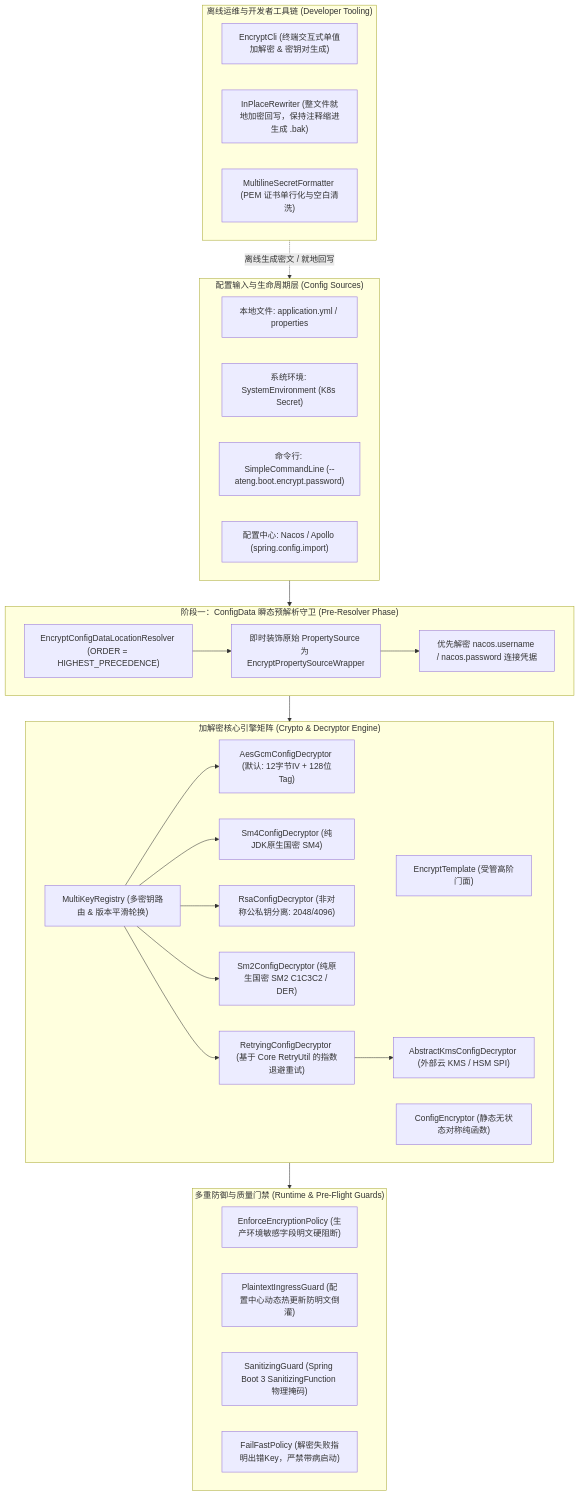
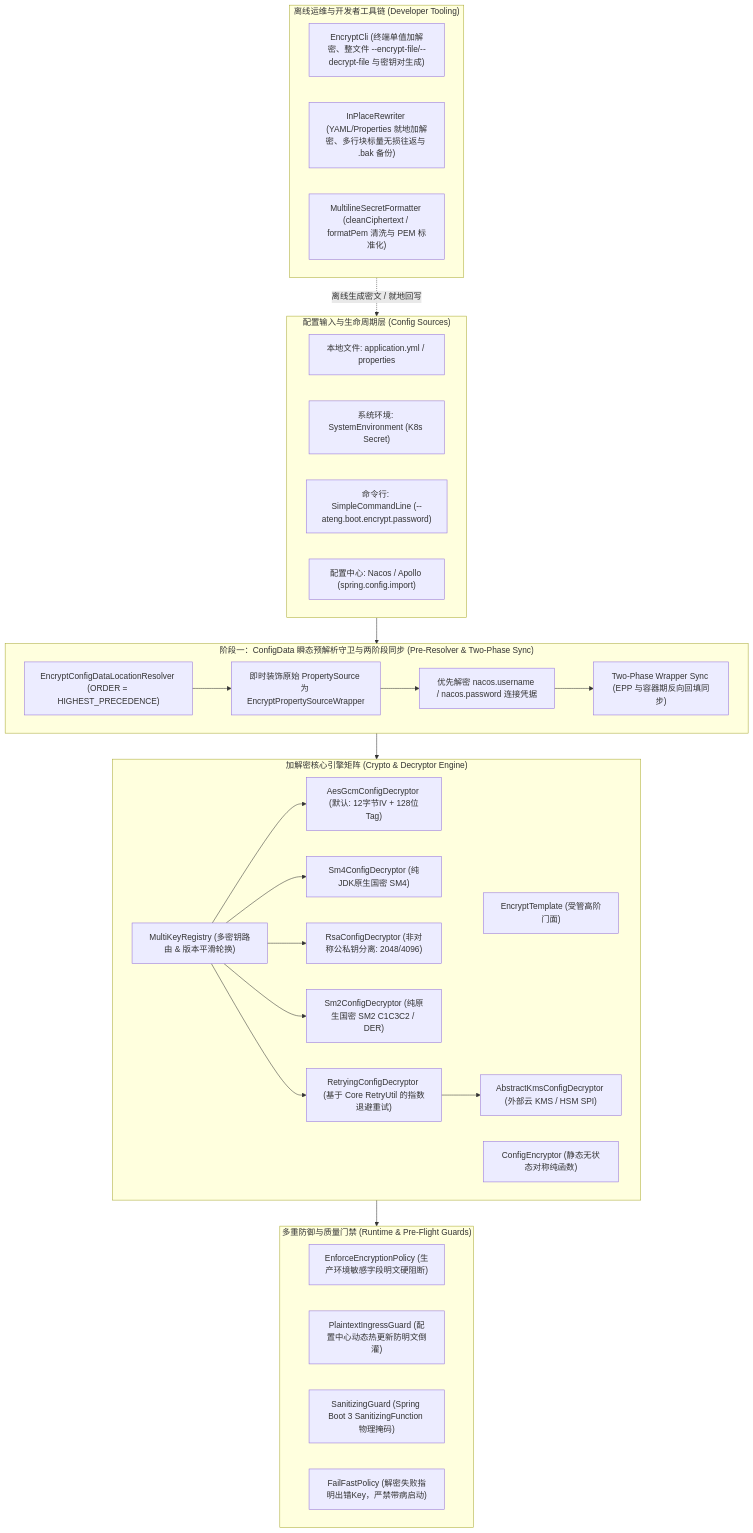
Before and after one commit to atengk/ateng-boot: the diagram in ateng-boot-encrypt/README.md, drawn with Mermaid. The commit also changed other lines of this file and 5 other files, not shown here.

````diff
--- a/ateng-boot-encrypt/README.md
+++ b/ateng-boot-encrypt/README.md
@@ -138,51 +150,52 @@
 ```mermaid
 flowchart TD
     subgraph ConfigLayer["配置输入与生命周期层 (Config Sources)"]
         YAML_SRC["本地文件: application.yml / properties"]
         ENV_SRC["系统环境: SystemEnvironment (K8s Secret)"]
         CMD_SRC["命令行: SimpleCommandLine (--ateng.boot.encrypt.password)"]
         REMOTE_SRC["配置中心: Nacos / Apollo (spring.config.import)"]
     end
 
-    subgraph PreResolverPhase["阶段一：ConfigData 瞬态预解析守卫 (Pre-Resolver Phase)"]
+    subgraph PreResolverPhase["阶段一：ConfigData 瞬态预解析守卫与两阶段同步 (Pre-Resolver & Two-Phase Sync)"]
         HOOK["EncryptConfigDataLocationResolver (ORDER = HIGHEST_PRECEDENCE)"]
         INSTANT_WRAP["即时装饰原始 PropertySource 为 EncryptPropertySourceWrapper"]
         NACOS_BIND["优先解密 nacos.username / nacos.password 连接凭据"]
-        HOOK --> INSTANT_WRAP --> NACOS_BIND
+        SYNC_BRIDGE["Two-Phase Wrapper Sync (EPP 与容器期反向回填同步)"]
+        HOOK --> INSTANT_WRAP --> NACOS_BIND --> SYNC_BRIDGE
     end
 
     subgraph CoreEngine["加解密核心引擎矩阵 (Crypto & Decryptor Engine)"]
         TEMPLATE["EncryptTemplate (受管高阶门面)"]
         STATIC_FACADE["ConfigEncryptor (静态无状态对称纯函数)"]
         ROUTER["MultiKeyRegistry (多密钥路由 & 版本平滑轮换)"]
         AES_GCM["AesGcmConfigDecryptor (默认: 12字节IV + 128位Tag)"]
         SM4_CBC["Sm4ConfigDecryptor (纯JDK原生国密 SM4)"]
         RSA_ASYM["RsaConfigDecryptor (非对称公私钥分离: 2048/4096)"]
         SM2_ASYM["Sm2ConfigDecryptor (纯原生国密 SM2 C1C3C2 / DER)"]
         RETRY_DEC["RetryingConfigDecryptor (基于 Core RetryUtil 的指数退避重试)"]
         KMS_SPI["AbstractKmsConfigDecryptor (外部云 KMS / HSM SPI)"]
         ROUTER --> AES_GCM
         ROUTER --> SM4_CBC
         ROUTER --> RSA_ASYM
         ROUTER --> SM2_ASYM
         ROUTER --> RETRY_DEC --> KMS_SPI
     end
 
     subgraph DefenseGuards["多重防御与质量门禁 (Runtime & Pre-Flight Guards)"]
         ENFORCE_GUARD["EnforceEncryptionPolicy (生产环境敏感字段明文硬阻断)"]
         INGRESS_GUARD["PlaintextIngressGuard (配置中心动态热更新防明文倒灌)"]
         ACTUATOR_GUARD["SanitizingGuard (Spring Boot 3 SanitizingFunction 物理掩码)"]
         FAIL_FAST["FailFastPolicy (解密失败指明出错Key，严禁带病启动)"]
     end
 
     subgraph ToolingLayer["离线运维与开发者工具链 (Developer Tooling)"]
-        CLI["EncryptCli (终端交互式单值加解密 & 密钥对生成)"]
-        REWRITER["InPlaceRewriter (整文件就地加密回写，保持注释缩进生成 .bak)"]
-        FORMATTER["MultilineSecretFormatter (PEM 证书单行化与空白清洗)"]
+        CLI["EncryptCli (终端单值加解密、整文件 --encrypt-file/--decrypt-file 与密钥对生成)"]
+        REWRITER["InPlaceRewriter (YAML/Properties 就地加解密、多行块标量无损往返与 .bak 备份)"]
+        FORMATTER["MultilineSecretFormatter (cleanCiphertext / formatPem 清洗与 PEM 标准化)"]
     end
 
     ConfigLayer --> PreResolverPhase
     PreResolverPhase --> CoreEngine
     CoreEngine --> DefenseGuards
     ToolingLayer -.->|离线生成密文 / 就地回写| ConfigLayer
 ```
````
